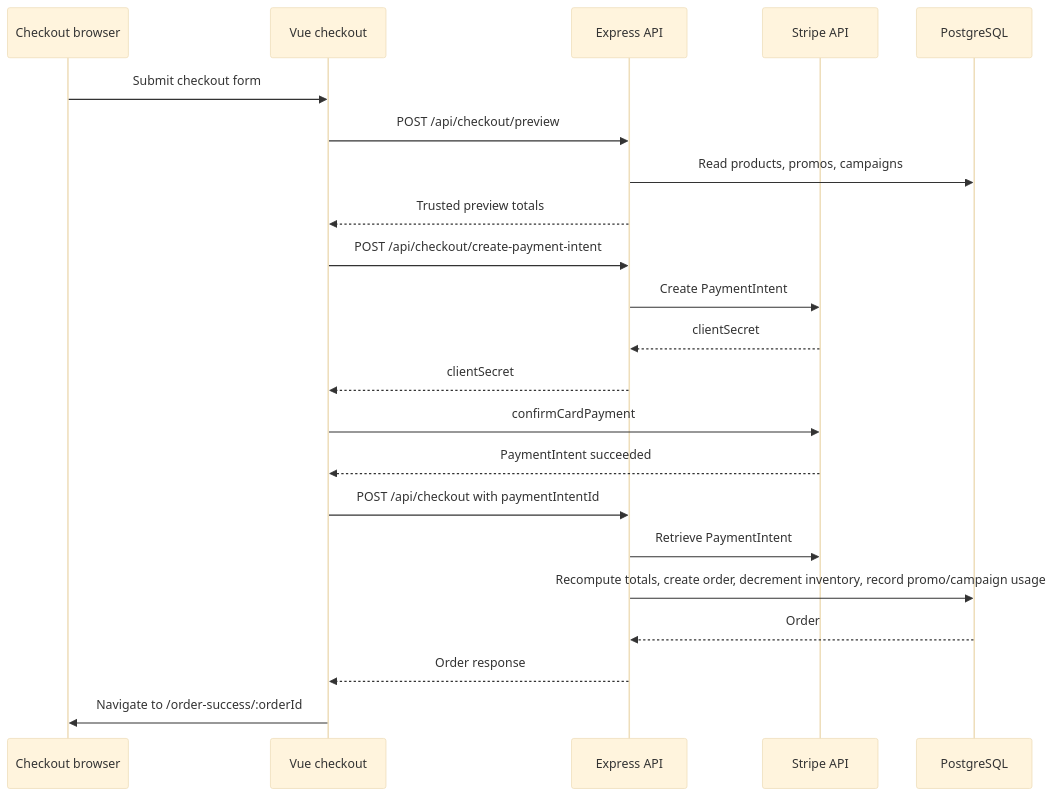
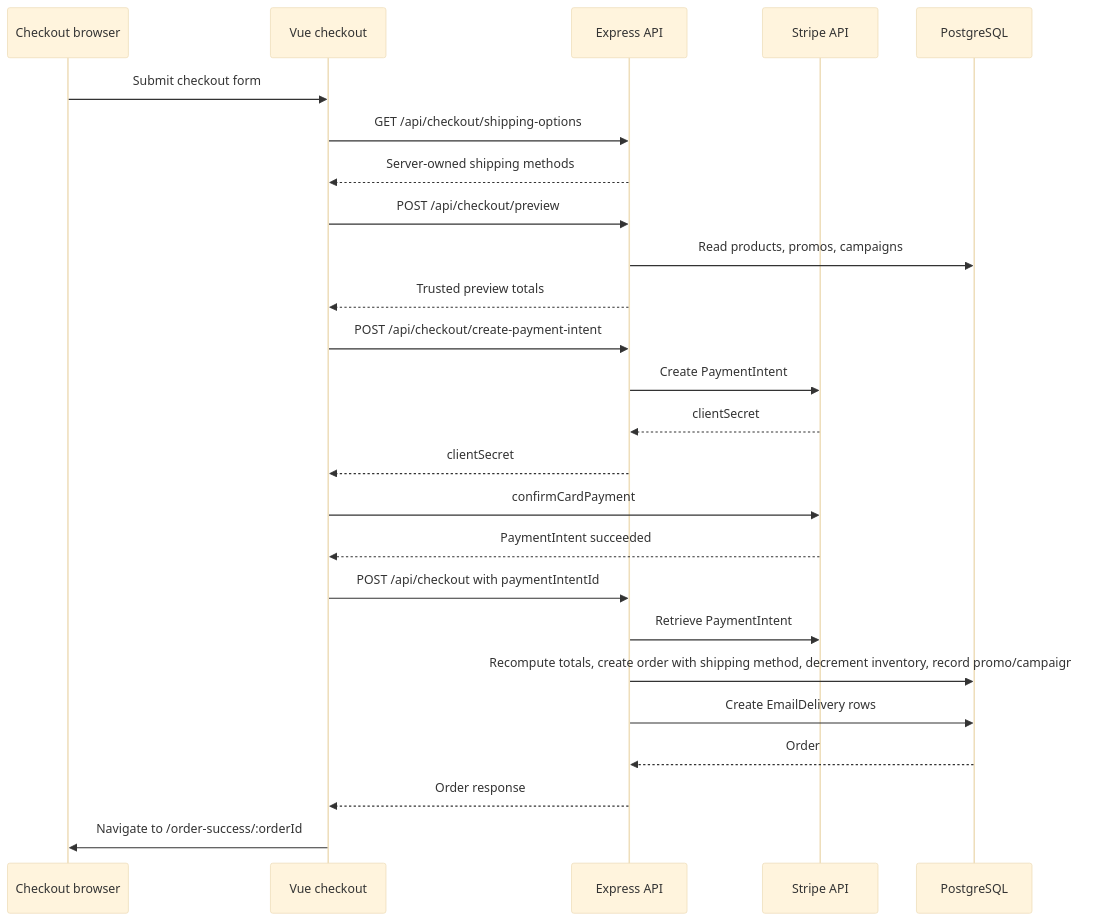
One commit to alvarezaaronAI/doggy-ent changed the second of 9 diagrams in doggy_ent_vue/docs/architecture/data-flow.md. Above: the diagram before and after it, drawn with Mermaid (base theme). The commit also changed other lines of this file and 73 other files, not shown here.

Commit message:
Refine checkout and admin flows

````diff
--- a/doggy_ent_vue/docs/architecture/data-flow.md
+++ b/doggy_ent_vue/docs/architecture/data-flow.md
@@ -58,25 +58,28 @@
 ```mermaid
 sequenceDiagram
   participant Browser as Checkout browser
   participant Client as Vue checkout
   participant API as Express API
   participant Stripe as Stripe API
   participant DB as PostgreSQL
 
   Browser->>Client: Submit checkout form
+  Client->>API: GET /api/checkout/shipping-options
+  API-->>Client: Server-owned shipping methods
   Client->>API: POST /api/checkout/preview
   API->>DB: Read products, promos, campaigns
   API-->>Client: Trusted preview totals
   Client->>API: POST /api/checkout/create-payment-intent
   API->>Stripe: Create PaymentIntent
   Stripe-->>API: clientSecret
   API-->>Client: clientSecret
   Client->>Stripe: confirmCardPayment
   Stripe-->>Client: PaymentIntent succeeded
   Client->>API: POST /api/checkout with paymentIntentId
   API->>Stripe: Retrieve PaymentIntent
-  API->>DB: Recompute totals, create order, decrement inventory, record promo/campaign usage
+  API->>DB: Recompute totals, create order with shipping method, decrement inventory, record promo/campaign usage
+  API->>DB: Create EmailDelivery rows
   DB-->>API: Order
   API-->>Client: Order response
   Client->>Browser: Navigate to /order-success/:orderId
 ```
````
